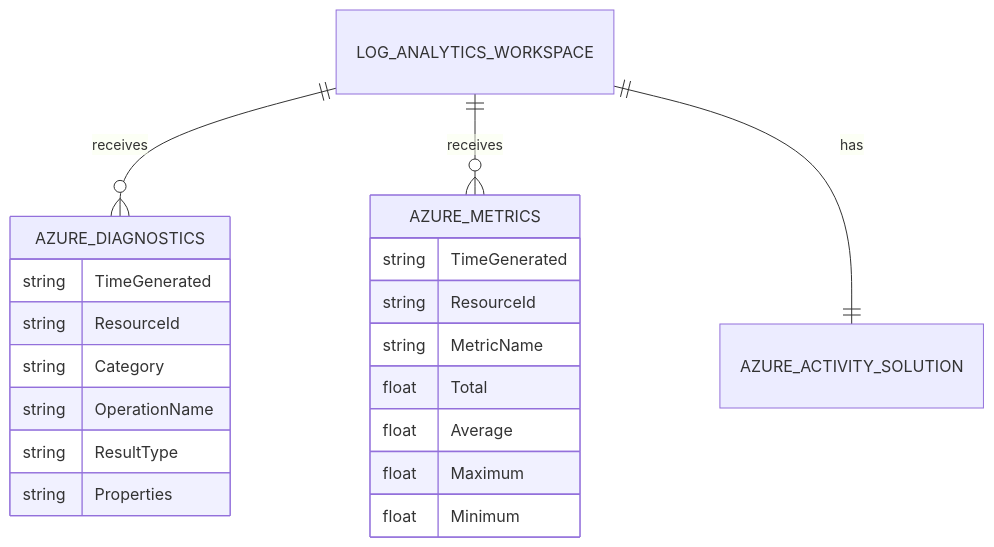
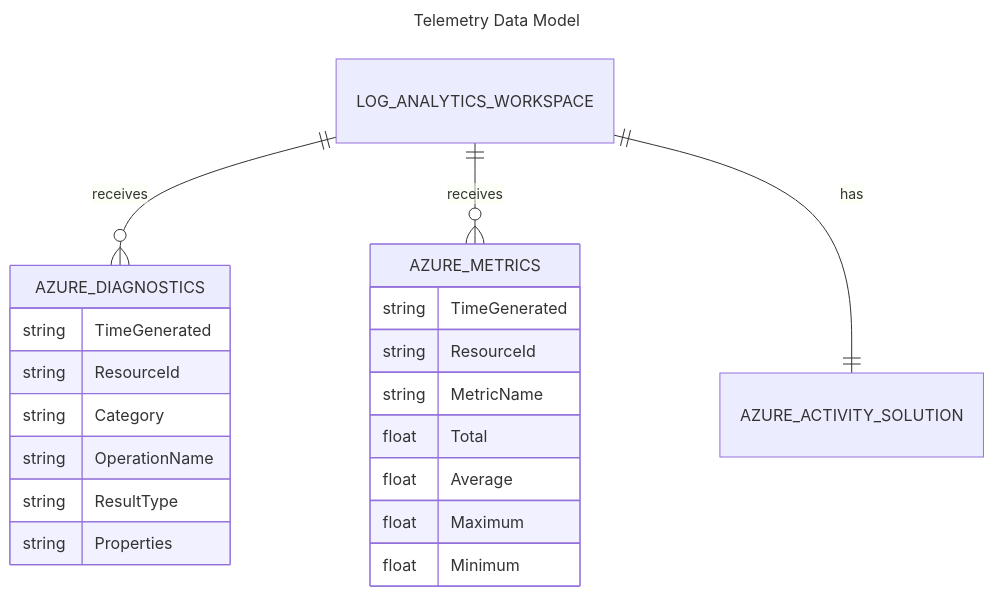
The eighth of 13 diagrams in docs/architecture/02-data-architecture.md (Evilazaro/DevExp-DevBox), drawn with Mermaid before and after one commit. The commit also changed other lines of this file, not shown here.

Commit message:
Refactor data architecture documentation to enhance clarity and detail in diagrams and relationships

````diff
--- a/docs/architecture/02-data-architecture.md
+++ b/docs/architecture/02-data-architecture.md
@@ -440,25 +502,28 @@
 ```mermaid
+---
+title: Telemetry Data Model
+---
 erDiagram
     LOG_ANALYTICS_WORKSPACE ||--o{ AZURE_DIAGNOSTICS : receives
     LOG_ANALYTICS_WORKSPACE ||--o{ AZURE_METRICS : receives
     LOG_ANALYTICS_WORKSPACE ||--|| AZURE_ACTIVITY_SOLUTION : has
 
     AZURE_DIAGNOSTICS {
         string TimeGenerated
         string ResourceId
         string Category
         string OperationName
         string ResultType
         string Properties
     }
 
     AZURE_METRICS {
         string TimeGenerated
         string ResourceId
         string MetricName
         float Total
         float Average
         float Maximum
         float Minimum
     }
 ```
````
